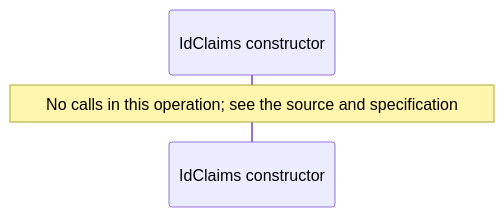
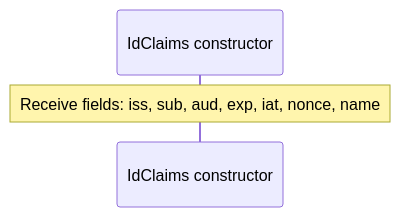
One commit to GreenPandaStudios/augscript changed the fourth of 12 diagrams in docs/examples/oidc-login/provider/contracts-diagrams.md. Above: the diagram before and after it, drawn with Mermaid. The commit also changed other lines of this file and 289 other files, not shown here.

Commit message:
Correct diagram control flow and complete generated wiki navigation

````diff
--- a/docs/examples/oidc-login/provider/contracts-diagrams.md
+++ b/docs/examples/oidc-login/provider/contracts-diagrams.md
@@ -75,6 +75,6 @@
 ```mermaid
 sequenceDiagram
     participant p0 as IdClaims constructor
 
-    Note over p0: No calls in this operation#59; see the source and specification
+    Note over p0: Receive fields: iss, sub, aud, exp, iat, nonce, name
 ```
````
